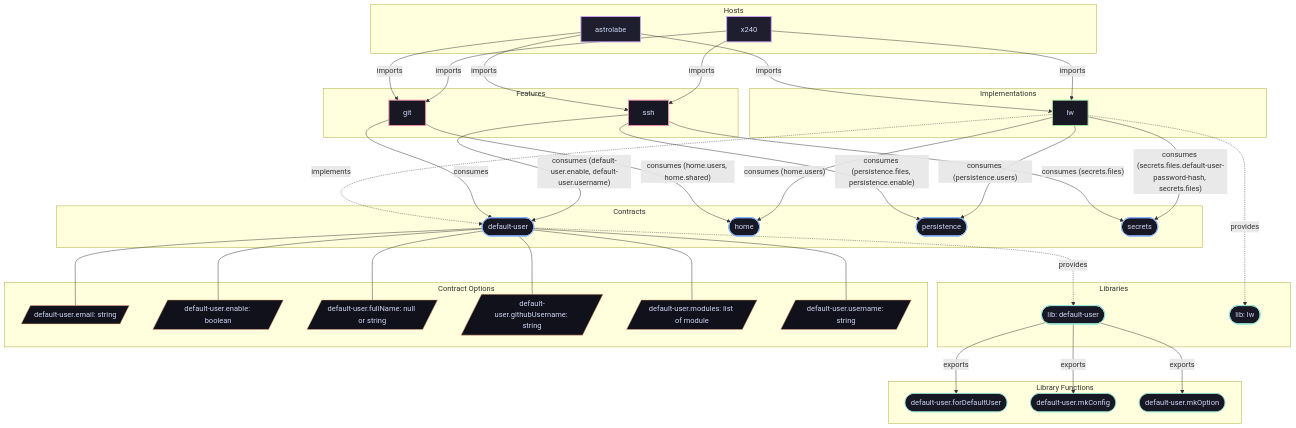
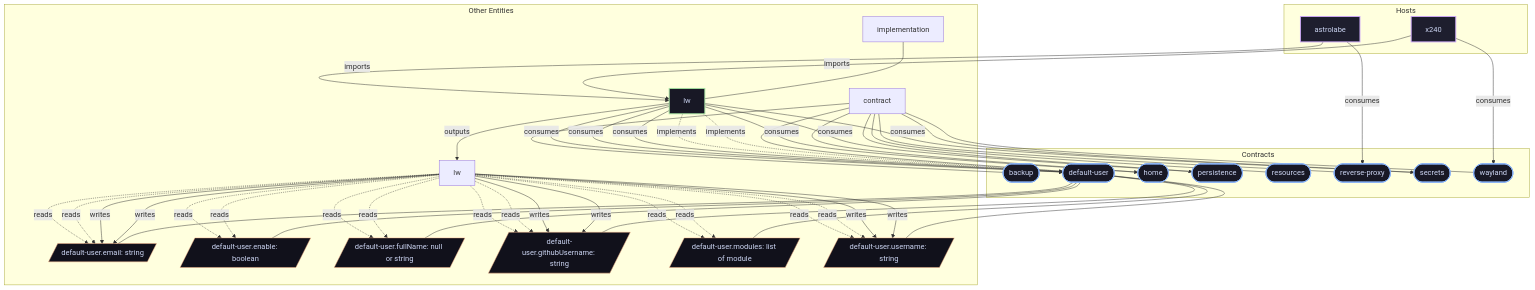
One commit to LW-54/nixconf changed the diagram in docs/contracts/default-user.md. Above: the diagram before and after it, drawn with Mermaid. The commit also changed other lines of this file and 183 other files, not shown here.

````diff
--- a/docs/contracts/default-user.md
+++ b/docs/contracts/default-user.md
@@ -15,73 +15,81 @@
 ```mermaid
 flowchart TD
     subgraph Hosts["Hosts"]
-        host__astrolabe["astrolabe"]:::hostNode
-        host__x240["x240"]:::hostNode
+        urn__nixconf__onto__host__astrolabe["astrolabe"]:::hostNode
+        urn__nixconf__onto__host__x240["x240"]:::hostNode
     end
 
     subgraph Contracts["Contracts"]
-        contract__default_user(["default-user"]):::contractNode
-        contract__home(["home"]):::contractNode
-        contract__persistence(["persistence"]):::contractNode
-        contract__secrets(["secrets"]):::contractNode
+        urn__nixconf__onto__contract__backup(["backup"]):::contractNode
+        urn__nixconf__onto__contract__default_user(["default-user"]):::contractNode
+        urn__nixconf__onto__contract__home(["home"]):::contractNode
+        urn__nixconf__onto__contract__persistence(["persistence"]):::contractNode
+        urn__nixconf__onto__contract__resources(["resources"]):::contractNode
+        urn__nixconf__onto__contract__reverse_proxy(["reverse-proxy"]):::contractNode
+        urn__nixconf__onto__contract__secrets(["secrets"]):::contractNode
+        urn__nixconf__onto__contract__wayland(["wayland"]):::contractNode
     end
 
-    subgraph Implementations["Implementations"]
-        impl__lw["lw"]:::implNode
-    end
-
-    subgraph Features["Features"]
-        feature__git["git"]:::featureNode
-        feature__ssh["ssh"]:::featureNode
-    end
-
-    subgraph Libraries["Libraries"]
-        lib__default_user(["lib: default-user"]):::libNode
-        lib__lw(["lib: lw"]):::libNode
-    end
-
-    subgraph ContractOptions["Contract Options"]
-        opt__default_user_email[/"default-user.email: string"/]:::optNode
-        opt__default_user_enable[/"default-user.enable: boolean"/]:::optNode
-        opt__default_user_fullName[/"default-user.fullName: null or string"/]:::optNode
-        opt__default_user_githubUsername[/"default-user.githubUsername: string"/]:::optNode
-        opt__default_user_modules[/"default-user.modules: list of module"/]:::optNode
-        opt__default_user_username[/"default-user.username: string"/]:::optNode
-    end
-
-    subgraph Functions["Library Functions"]
-        fn__default_user_forDefaultUser(["default-user.forDefaultUser"]):::fnNode
-        fn__default_user_mkConfig(["default-user.mkConfig"]):::fnNode
-        fn__default_user_mkOption(["default-user.mkOption"]):::fnNode
+    subgraph OtherNodes["Other Entities"]
+        urn__nixconf__ast__module__lw["lw"]
+        urn__nixconf__ast__option__default_user_email[/"default-user.email: string"/]:::optNode
+        urn__nixconf__ast__option__default_user_enable[/"default-user.enable: boolean"/]:::optNode
+        urn__nixconf__ast__option__default_user_fullName[/"default-user.fullName: null or string"/]:::optNode
+        urn__nixconf__ast__option__default_user_githubUsername[/"default-user.githubUsername: string"/]:::optNode
+        urn__nixconf__ast__option__default_user_modules[/"default-user.modules: list of module"/]:::optNode
+        urn__nixconf__ast__option__default_user_username[/"default-user.username: string"/]:::optNode
+        urn__nixconf__onto__implementation__lw["lw"]:::implNode
+        urn__nixconf__onto__primitive__contract["contract"]
+        urn__nixconf__onto__primitive__implementation["implementation"]
     end
 
 
-    host__astrolabe -->|"imports"| impl__lw
-    host__astrolabe -->|"imports"| feature__git
-    host__astrolabe -->|"imports"| feature__ssh
-    host__x240 -->|"imports"| impl__lw
-    host__x240 -->|"imports"| feature__git
-    host__x240 -->|"imports"| feature__ssh
-    impl__lw -.->|"implements"| contract__default_user
-    feature__git -->|"consumes"| contract__default_user
-    feature__git -->|"consumes (home.users, home.shared)"| contract__home
-    feature__ssh -->|"consumes (default-user.enable, default-user.username)"| contract__default_user
-    feature__ssh -->|"consumes (persistence.files, persistence.enable)"| contract__persistence
-    feature__ssh -->|"consumes (secrets.files)"| contract__secrets
-    impl__lw -->|"consumes (home.users)"| contract__home
-    impl__lw -->|"consumes (persistence.users)"| contract__persistence
-    impl__lw -->|"consumes (secrets.files.default-user-password-hash, secrets.files)"| contract__secrets
-    contract__default_user -.->|"provides"| lib__default_user
-    impl__lw -.->|"provides"| lib__lw
-    contract__default_user --- opt__default_user_email
-    contract__default_user --- opt__default_user_enable
-    contract__default_user --- opt__default_user_fullName
-    contract__default_user --- opt__default_user_githubUsername
-    contract__default_user --- opt__default_user_modules
-    contract__default_user --- opt__default_user_username
-    lib__default_user -->|"exports"| fn__default_user_forDefaultUser
-    lib__default_user -->|"exports"| fn__default_user_mkConfig
-    lib__default_user -->|"exports"| fn__default_user_mkOption
+    urn__nixconf__ast__module__lw -.->|"reads"| urn__nixconf__ast__option__default_user_email
+    urn__nixconf__ast__module__lw -.->|"reads"| urn__nixconf__ast__option__default_user_email
+    urn__nixconf__ast__module__lw -.->|"reads"| urn__nixconf__ast__option__default_user_enable
+    urn__nixconf__ast__module__lw -.->|"reads"| urn__nixconf__ast__option__default_user_enable
+    urn__nixconf__ast__module__lw -.->|"reads"| urn__nixconf__ast__option__default_user_fullName
+    urn__nixconf__ast__module__lw -.->|"reads"| urn__nixconf__ast__option__default_user_fullName
+    urn__nixconf__ast__module__lw -.->|"reads"| urn__nixconf__ast__option__default_user_githubUsername
+    urn__nixconf__ast__module__lw -.->|"reads"| urn__nixconf__ast__option__default_user_githubUsername
+    urn__nixconf__ast__module__lw -.->|"reads"| urn__nixconf__ast__option__default_user_modules
+    urn__nixconf__ast__module__lw -.->|"reads"| urn__nixconf__ast__option__default_user_modules
+    urn__nixconf__ast__module__lw -.->|"reads"| urn__nixconf__ast__option__default_user_username
+    urn__nixconf__ast__module__lw -.->|"reads"| urn__nixconf__ast__option__default_user_username
+    urn__nixconf__ast__module__lw -->|"writes"| urn__nixconf__ast__option__default_user_email
+    urn__nixconf__ast__module__lw -->|"writes"| urn__nixconf__ast__option__default_user_email
+    urn__nixconf__ast__module__lw -->|"writes"| urn__nixconf__ast__option__default_user_githubUsername
+    urn__nixconf__ast__module__lw -->|"writes"| urn__nixconf__ast__option__default_user_githubUsername
+    urn__nixconf__ast__module__lw -->|"writes"| urn__nixconf__ast__option__default_user_username
+    urn__nixconf__ast__module__lw -->|"writes"| urn__nixconf__ast__option__default_user_username
+    urn__nixconf__onto__contract__default_user --- urn__nixconf__ast__option__default_user_email
+    urn__nixconf__onto__contract__default_user --- urn__nixconf__ast__option__default_user_enable
+    urn__nixconf__onto__contract__default_user --- urn__nixconf__ast__option__default_user_fullName
+    urn__nixconf__onto__contract__default_user --- urn__nixconf__ast__option__default_user_githubUsername
+    urn__nixconf__onto__contract__default_user --- urn__nixconf__ast__option__default_user_modules
+    urn__nixconf__onto__contract__default_user --- urn__nixconf__ast__option__default_user_username
+    urn__nixconf__onto__host__astrolabe -->|"consumes"| urn__nixconf__onto__contract__reverse_proxy
+    urn__nixconf__onto__host__astrolabe -->|"imports"| urn__nixconf__onto__implementation__lw
+    urn__nixconf__onto__host__x240 -->|"consumes"| urn__nixconf__onto__contract__wayland
+    urn__nixconf__onto__host__x240 -->|"imports"| urn__nixconf__onto__implementation__lw
+    urn__nixconf__onto__implementation__lw -->|"outputs"| urn__nixconf__ast__module__lw
+    urn__nixconf__onto__implementation__lw -->|"consumes"| urn__nixconf__onto__contract__default_user
+    urn__nixconf__onto__implementation__lw -->|"consumes"| urn__nixconf__onto__contract__default_user
+    urn__nixconf__onto__implementation__lw -->|"consumes"| urn__nixconf__onto__contract__default_user
+    urn__nixconf__onto__implementation__lw -->|"consumes"| urn__nixconf__onto__contract__home
+    urn__nixconf__onto__implementation__lw -->|"consumes"| urn__nixconf__onto__contract__persistence
+    urn__nixconf__onto__implementation__lw -->|"consumes"| urn__nixconf__onto__contract__secrets
+    urn__nixconf__onto__implementation__lw -.->|"implements"| urn__nixconf__onto__contract__default_user
+    urn__nixconf__onto__implementation__lw -.->|"implements"| urn__nixconf__onto__contract__default_user
+    urn__nixconf__onto__primitive__contract --- urn__nixconf__onto__contract__backup
+    urn__nixconf__onto__primitive__contract --- urn__nixconf__onto__contract__default_user
+    urn__nixconf__onto__primitive__contract --- urn__nixconf__onto__contract__home
+    urn__nixconf__onto__primitive__contract --- urn__nixconf__onto__contract__persistence
+    urn__nixconf__onto__primitive__contract --- urn__nixconf__onto__contract__resources
+    urn__nixconf__onto__primitive__contract --- urn__nixconf__onto__contract__reverse_proxy
+    urn__nixconf__onto__primitive__contract --- urn__nixconf__onto__contract__secrets
+    urn__nixconf__onto__primitive__contract --- urn__nixconf__onto__contract__wayland
+    urn__nixconf__onto__primitive__implementation --- urn__nixconf__onto__implementation__lw
 
 classDef hostNode fill:#1e1e2e,stroke:#cba6f7,stroke-width:2px,color:#cdd6f4;
 classDef contractNode fill:#181825,stroke:#89b4fa,stroke-width:2px,color:#cdd6f4;
````
